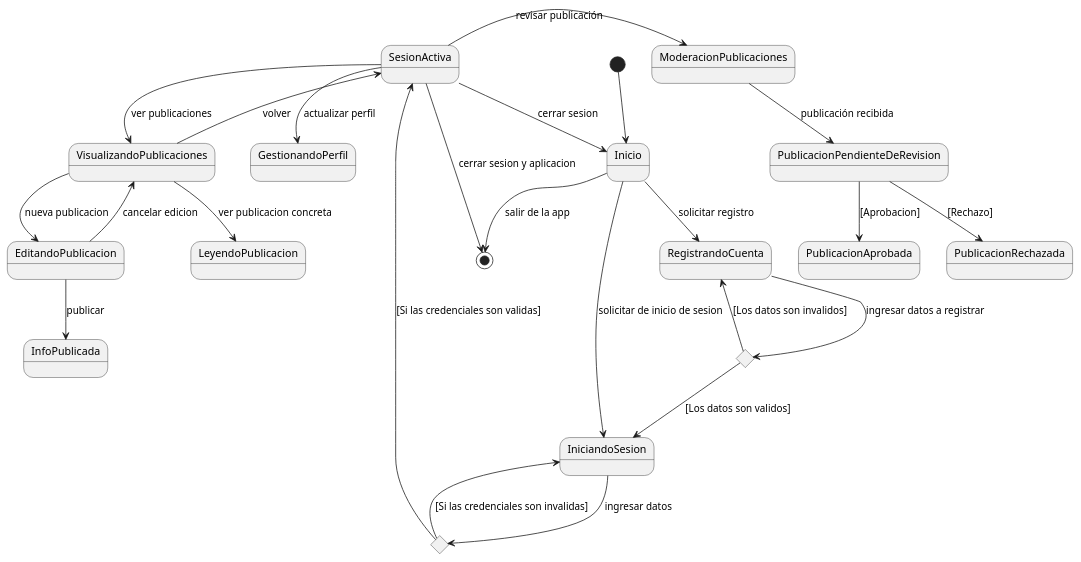
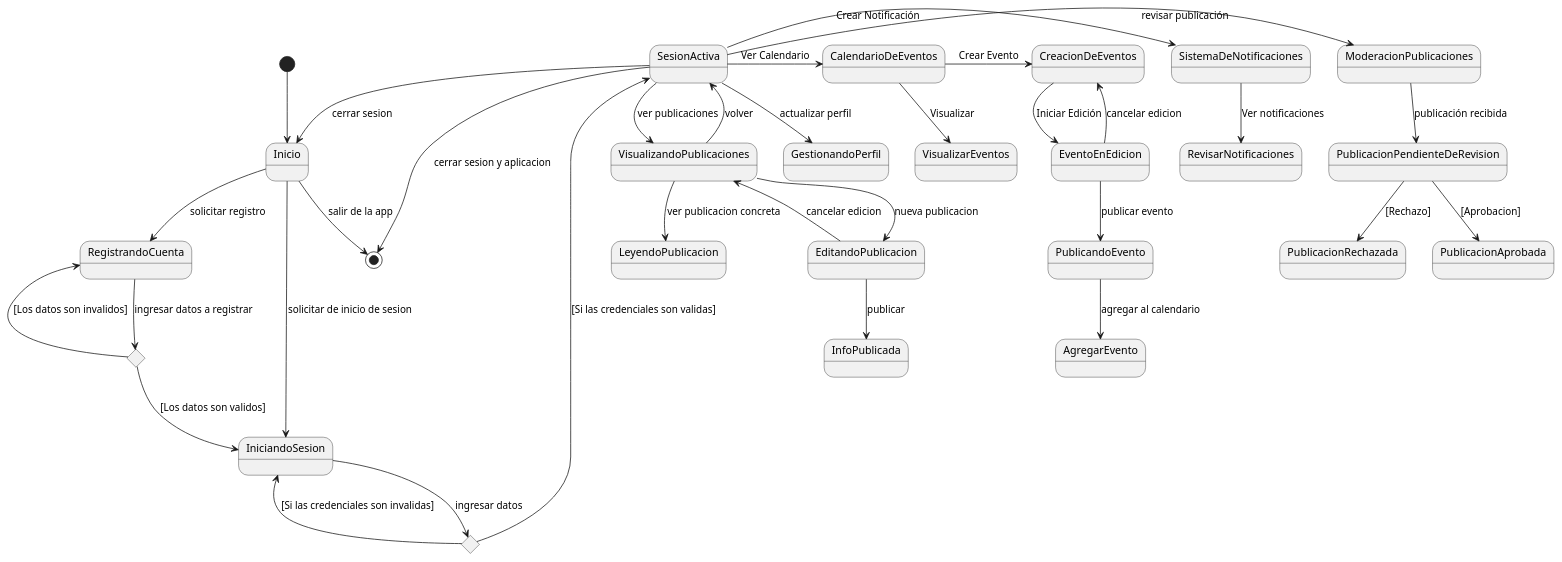
One commit to Jals7/Campus-Virtual-Ciencias changed the diagram in docs/scenariosView/ModeloDeDominioDiagramaDeEstado.plantuml. Above: the diagram before and after it, drawn with PlantUML.

Commit message:
Estados Calendario y notificacion

```diff
--- a/docs/scenariosView/ModeloDeDominioDiagramaDeEstado.plantuml
+++ b/docs/scenariosView/ModeloDeDominioDiagramaDeEstado.plantuml
@@ -1,38 +1,52 @@
 @startuml Diagrama de estado
 
 [*] --> Inicio
  Inicio--> IniciandoSesion : solicitar de inicio de sesion
  Inicio --> RegistrandoCuenta: solicitar registro
 
 state a <<choice>> 
 
 IniciandoSesion --> a : ingresar datos
 
 a--> SesionActiva : [Si las credenciales son validas]
 a--> IniciandoSesion : [Si las credenciales son invalidas]
 
 state b <<choice>>
 
 RegistrandoCuenta --> b : ingresar datos a registrar
  
 b--> IniciandoSesion : [Los datos son validos]
 b-->RegistrandoCuenta : [Los datos son invalidos]
 
 SesionActiva --> Inicio : cerrar sesion
 
 Inicio --> [*] : salir de la app
 
 SesionActiva --> [*] : cerrar sesion y aplicacion
 SesionActiva --> VisualizandoPublicaciones : ver publicaciones
 VisualizandoPublicaciones --> SesionActiva : volver
 VisualizandoPublicaciones --> EditandoPublicacion : nueva publicacion
 EditandoPublicacion --> InfoPublicada : publicar
 VisualizandoPublicaciones --> LeyendoPublicacion : ver publicacion concreta
 EditandoPublicacion --> VisualizandoPublicaciones : cancelar edicion
 SesionActiva --> GestionandoPerfil : actualizar perfil
 SesionActiva -> ModeracionPublicaciones: revisar publicación
 ModeracionPublicaciones --> PublicacionPendienteDeRevision: publicación recibida
 PublicacionPendienteDeRevision --> PublicacionAprobada: [Aprobacion]
 PublicacionPendienteDeRevision --> PublicacionRechazada: [Rechazo]
 
+SesionActiva -> SistemaDeNotificaciones: Crear Notificación
+SistemaDeNotificaciones --> RevisarNotificaciones: Ver notificaciones
+
+
+SesionActiva -> CalendarioDeEventos: Ver Calendario
+
+CalendarioDeEventos --> VisualizarEventos: Visualizar
+'CalendarioDeEventos -> AgregarEvento : Agregar al Calendario
+CalendarioDeEventos -> CreacionDeEventos : Crear Evento 
+CreacionDeEventos --> EventoEnEdicion: Iniciar Edición
+EventoEnEdicion --> PublicandoEvento: publicar evento
+EventoEnEdicion --> CreacionDeEventos: cancelar edicion
+PublicandoEvento --> AgregarEvento : agregar al calendario
+
 @enduml
```
